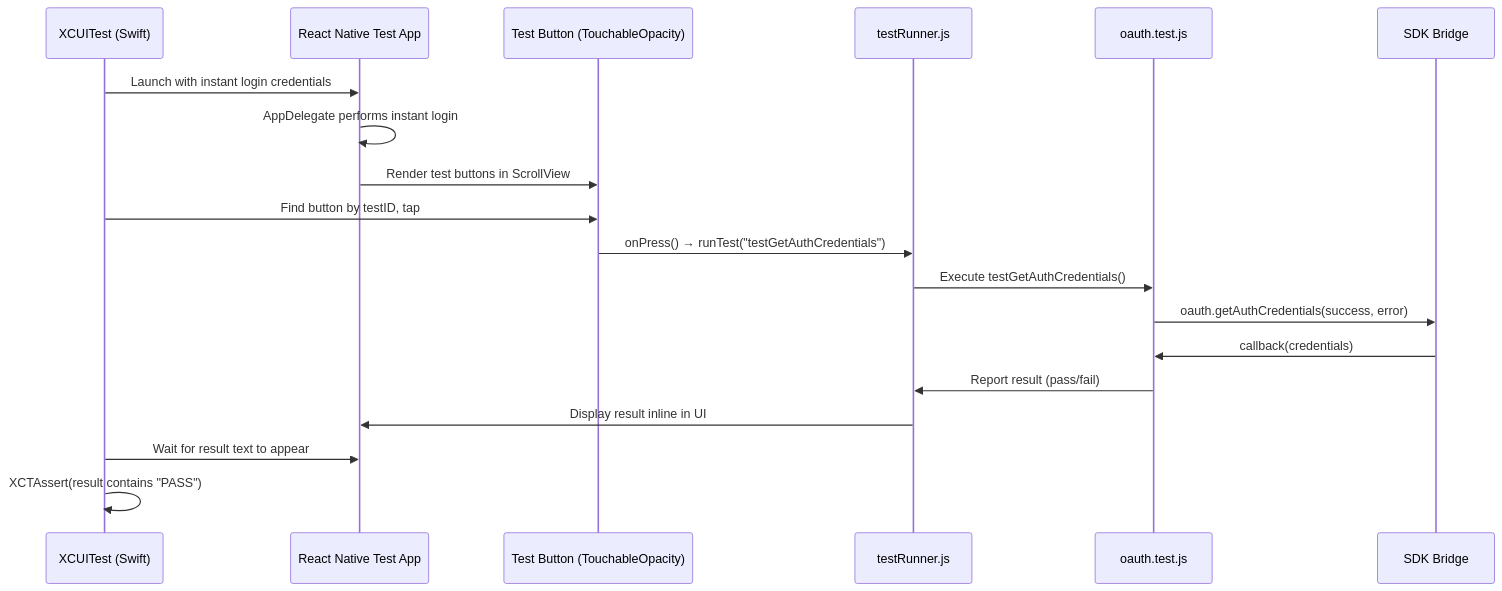
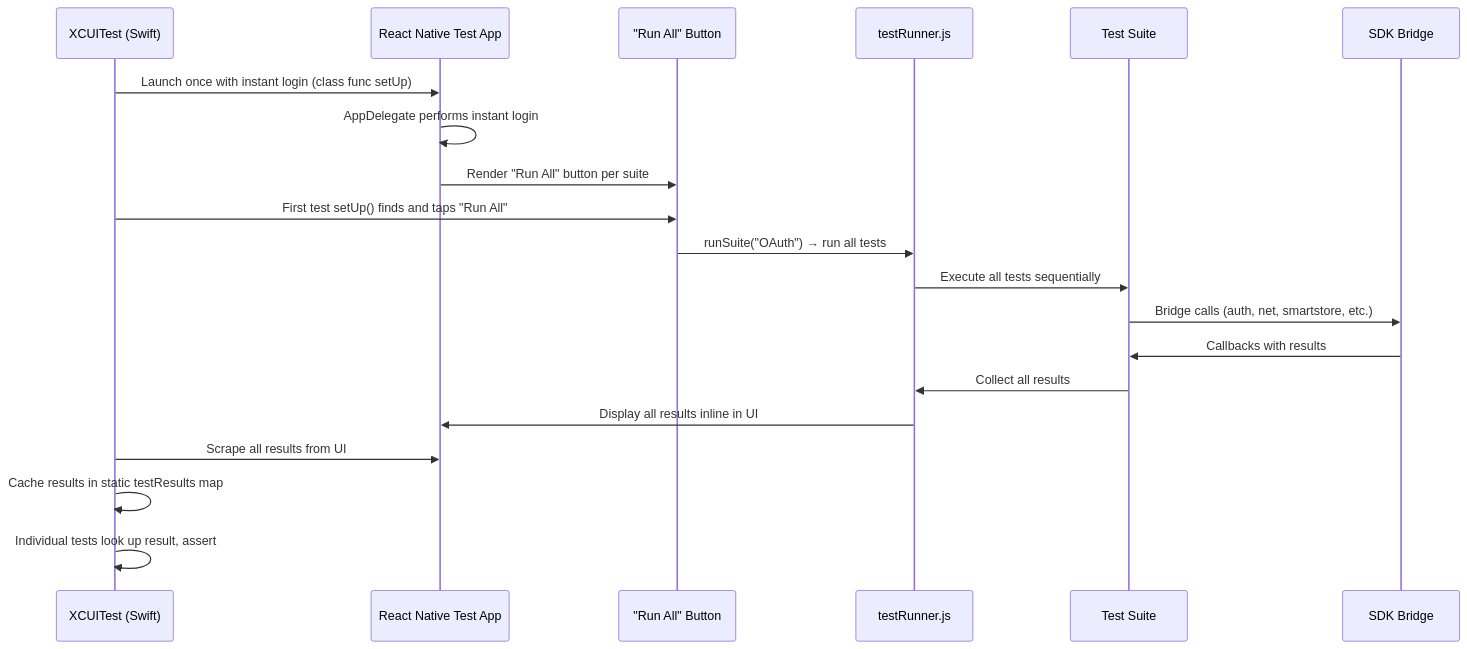
Before and after one commit to forcedotcom/SalesforceMobileSDK-ReactNative: the second of 2 diagrams in docs/ios-tests/README.md, drawn with Mermaid. The commit also changed other lines of this file and 1 other file, not shown here.

First line of the commit message:
Documentation: Update test architecture to reflect batch execution

````diff
--- a/docs/ios-tests/README.md
+++ b/docs/ios-tests/README.md
@@ -215,22 +223,23 @@
 ```mermaid
 sequenceDiagram
     participant XCUITest as XCUITest (Swift)
     participant App as React Native Test App
-    participant Button as Test Button (TouchableOpacity)
+    participant RunAll as "Run All" Button
     participant Runner as testRunner.js
-    participant Test as oauth.test.js
+    participant Tests as Test Suite
     participant SDK as SDK Bridge
     
-    XCUITest->>App: Launch with instant login credentials
+    XCUITest->>App: Launch once with instant login (class func setUp)
     App->>App: AppDelegate performs instant login
-    App->>Button: Render test buttons in ScrollView
-    XCUITest->>Button: Find button by testID, tap
-    Button->>Runner: onPress() → runTest("testGetAuthCredentials")
-    Runner->>Test: Execute testGetAuthCredentials()
-    Test->>SDK: oauth.getAuthCredentials(success, error)
-    SDK->>Test: callback(credentials)
-    Test->>Runner: Report result (pass/fail)
-    Runner->>App: Display result inline in UI
-    XCUITest->>App: Wait for result text to appear
-    XCUITest->>XCUITest: XCTAssert(result contains "PASS")
+    App->>RunAll: Render "Run All" button per suite
+    XCUITest->>RunAll: First test setUp() finds and taps "Run All"
+    RunAll->>Runner: runSuite("OAuth") → run all tests
+    Runner->>Tests: Execute all tests sequentially
+    Tests->>SDK: Bridge calls (auth, net, smartstore, etc.)
+    SDK->>Tests: Callbacks with results
+    Tests->>Runner: Collect all results
+    Runner->>App: Display all results inline in UI
+    XCUITest->>App: Scrape all results from UI
+    XCUITest->>XCUITest: Cache results in static testResults map
+    XCUITest->>XCUITest: Individual tests look up result, assert
 ```
````
